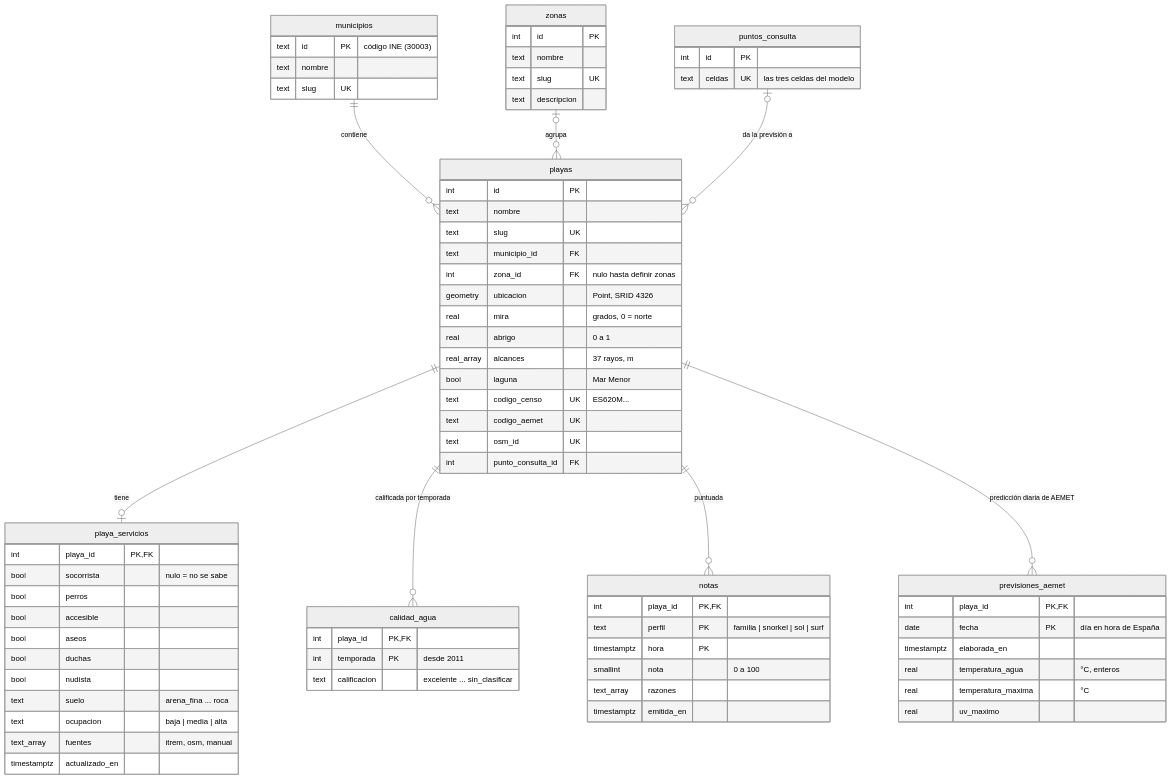
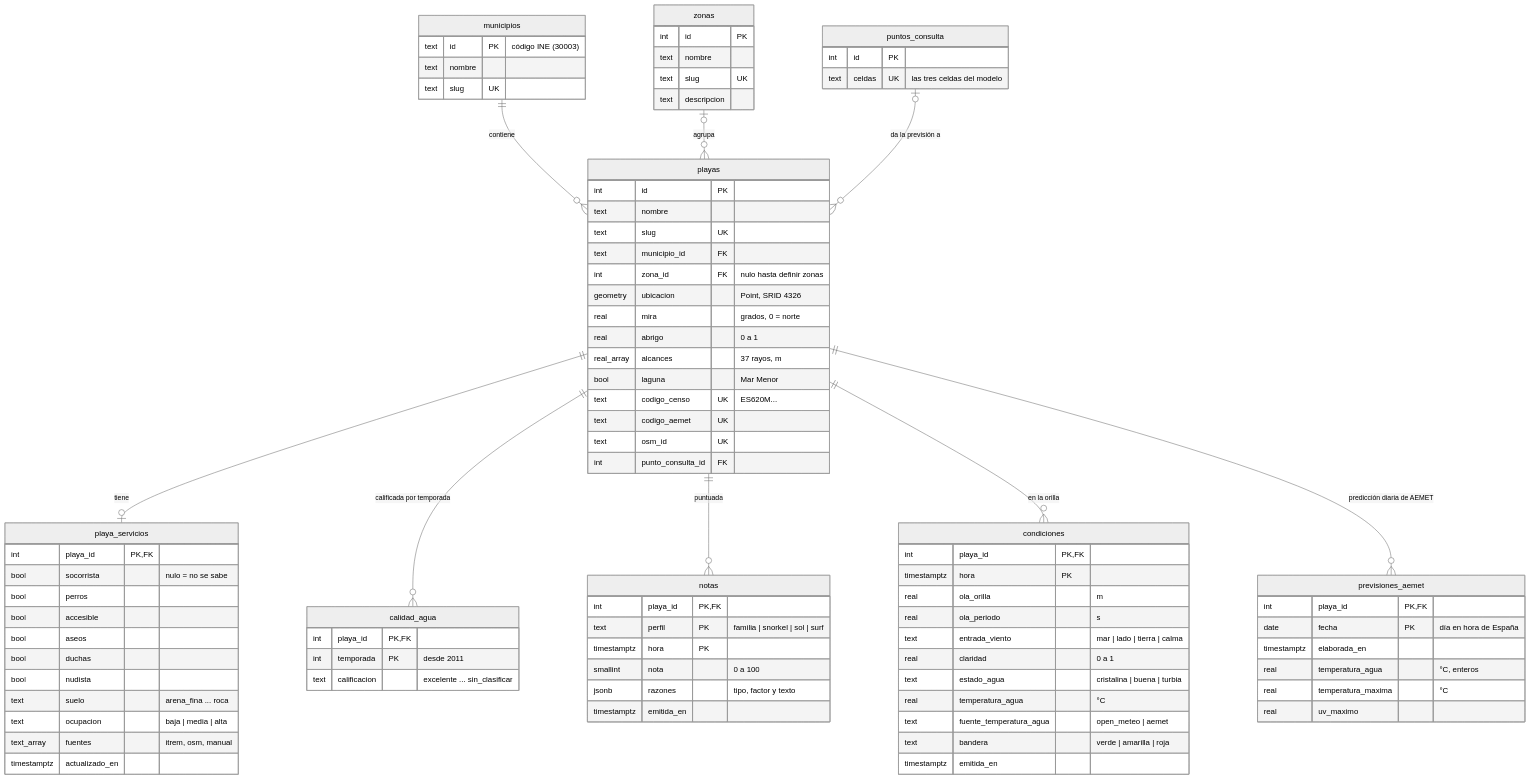
One commit to pdawgabriel-hub/playa-hoy changed the first of 2 diagrams in docs/modelo-datos.md. Above: the diagram before and after it, drawn with Mermaid (neutral theme). The commit also changed other lines of this file and 19 other files, not shown here.

```diff
--- a/docs/modelo-datos.md
+++ b/docs/modelo-datos.md
@@ -15,6 +15,7 @@
     playas ||--o| playa_servicios : "tiene"
     playas ||--o{ calidad_agua : "calificada por temporada"
     playas ||--o{ notas : "puntuada"
+    playas ||--o{ condiciones : "en la orilla"
     playas ||--o{ previsiones_aemet : "predicción diaria de AEMET"
     puntos_consulta |o--o{ playas : "da la previsión a"
 
@@ -73,7 +74,21 @@
         text perfil PK "familia | snorkel | sol | surf"
         timestamptz hora PK
         smallint nota "0 a 100"
-        text_array razones
+        jsonb razones "tipo, factor y texto"
+        timestamptz emitida_en
+    }
+
+    condiciones {
+        int playa_id PK, FK
+        timestamptz hora PK
+        real ola_orilla "m"
+        real ola_periodo "s"
+        text entrada_viento "mar | lado | tierra | calma"
+        real claridad "0 a 1"
+        text estado_agua "cristalina | buena | turbia"
+        real temperatura_agua "°C"
+        text fuente_temperatura_agua "open_meteo | aemet"
+        text bandera "verde | amarilla | roja"
         timestamptz emitida_en
     }
 
```
